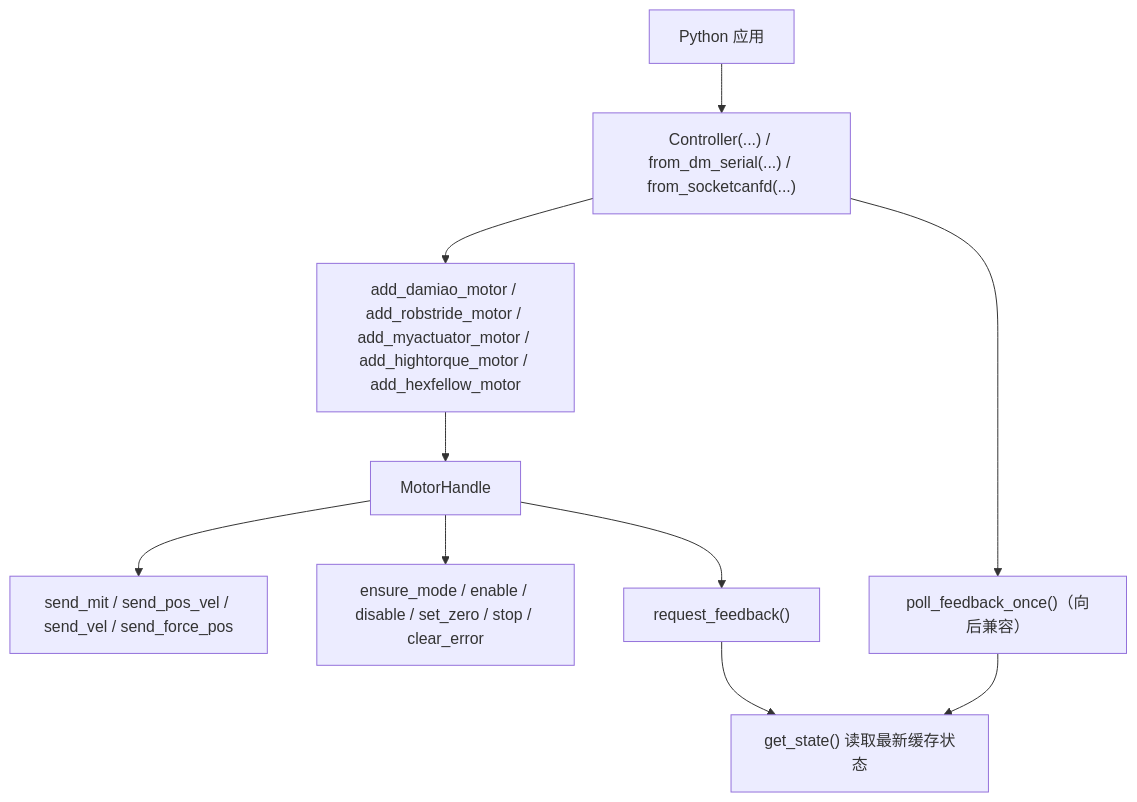
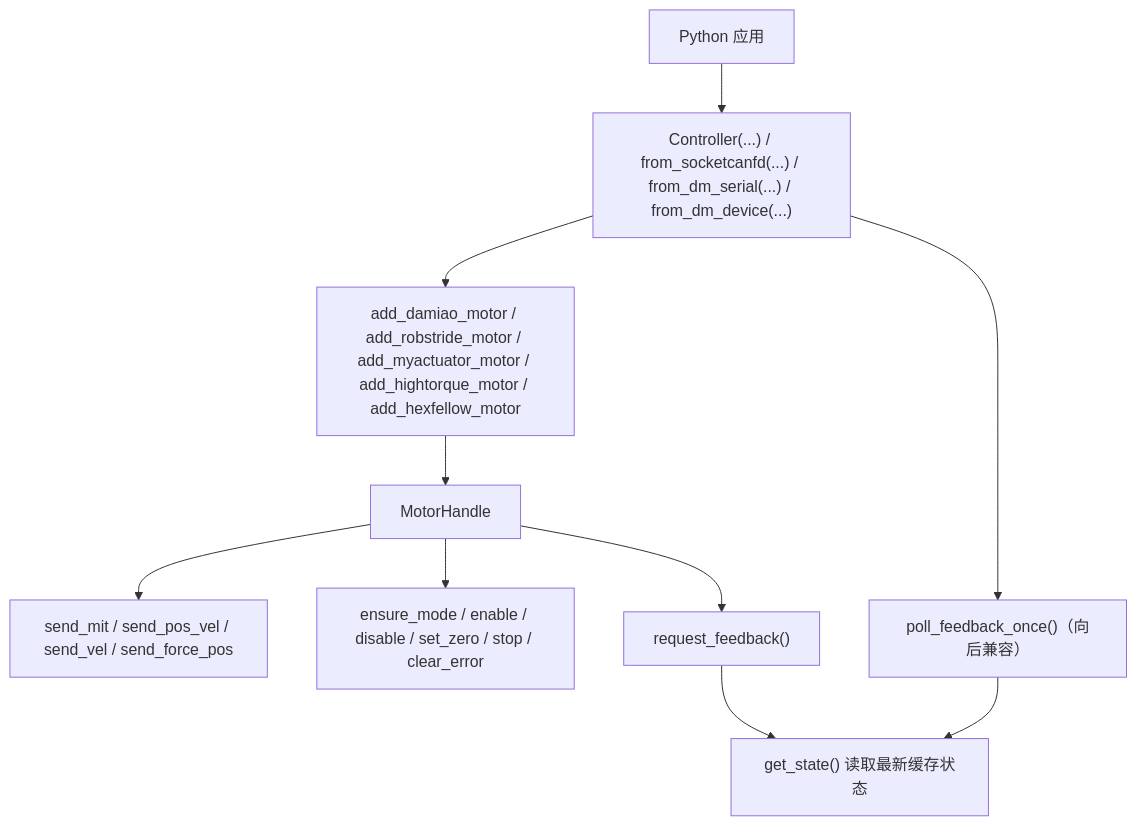
One commit to Welt-liu/motorbridge changed the third of 3 diagrams in README.zh-CN.md. Above: the diagram before and after it, drawn with Mermaid. The commit also changed other lines of this file and 43 other files, not shown here.

````diff
--- a/README.zh-CN.md
+++ b/README.zh-CN.md
@@ -134,12 +151,12 @@
 ```mermaid
 flowchart TB
-  PYAPP["Python 应用"] --> CTL["Controller(...) / from_dm_serial(...) / from_socketcanfd(...)"]
+  PYAPP["Python 应用"] --> CTL["Controller(...) / from_socketcanfd(...) / from_dm_serial(...) / from_dm_device(...)"]
   CTL --> ADD["add_damiao_motor / add_robstride_motor / add_myactuator_motor / add_hightorque_motor / add_hexfellow_motor"]
   ADD --> MOTOR["MotorHandle"]
   MOTOR --> CTRL1["send_mit / send_pos_vel / send_vel / send_force_pos"]
   MOTOR --> CTRL2["ensure_mode / enable / disable / set_zero / stop / clear_error"]
   MOTOR --> FB1["request_feedback()"]
   CTL --> FB2["poll_feedback_once()（向后兼容）"]
   FB1 --> STATE["get_state() 读取最新缓存状态"]
   FB2 --> STATE
 ```
````
